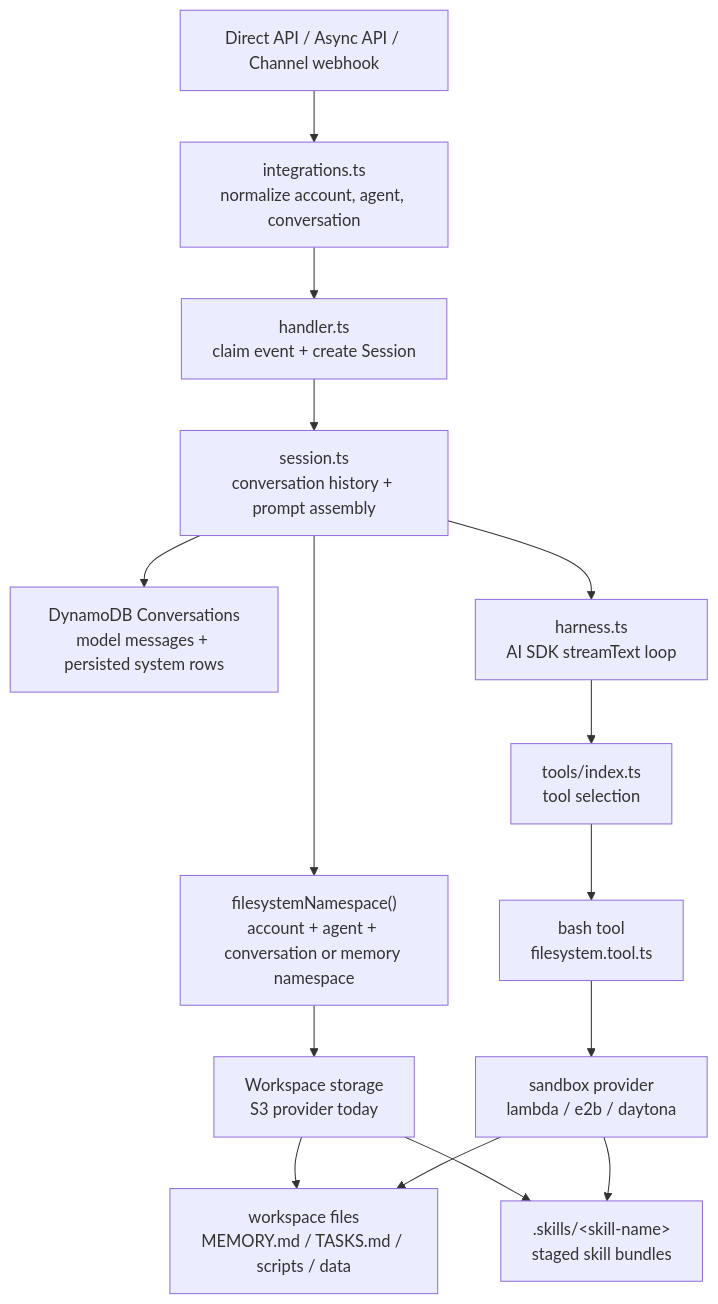
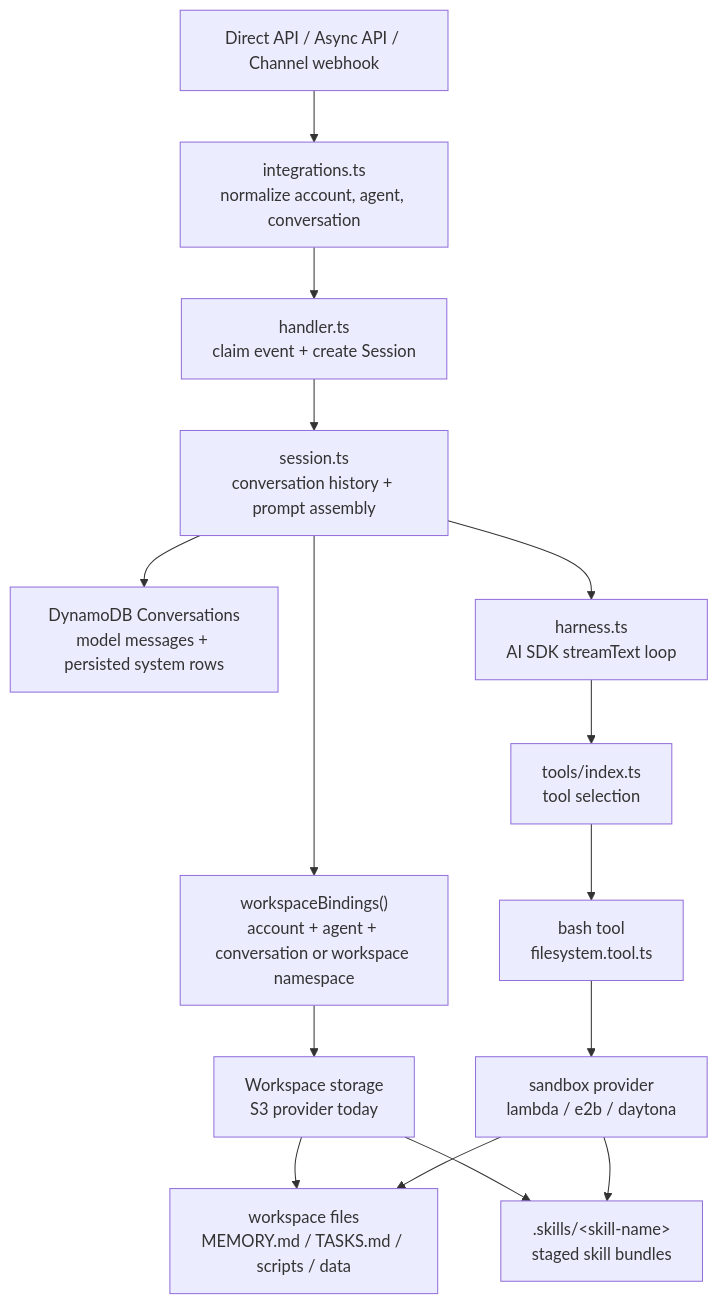
Before and after one commit to beeblastco/broods: the diagram in docs/workspace/index.md, drawn with Mermaid. The commit also changed other lines of this file and 21 other files, not shown here.

````diff
--- a/docs/workspace/index.md
+++ b/docs/workspace/index.md
@@ -49,18 +57,18 @@
 ```mermaid
 flowchart TD
   Request["Direct API / Async API / Channel webhook"] --> Integrations["integrations.ts<br/>normalize account, agent, conversation"]
   Integrations --> Handler["handler.ts<br/>claim event + create Session"]
   Handler --> Session["session.ts<br/>conversation history + prompt assembly"]
   Session --> History["DynamoDB Conversations<br/>model messages + persisted system rows"]
-  Session --> Namespace["filesystemNamespace()<br/>account + agent + conversation or memory namespace"]
+  Session --> Namespace["workspaceBindings()<br/>account + agent + conversation or workspace namespace"]
   Namespace --> Storage["Workspace storage<br/>S3 provider today"]
   Storage --> Files["workspace files<br/>MEMORY.md / TASKS.md / scripts / data"]
   Storage --> StagedSkills[".skills/&lt;skill-name&gt;<br/>staged skill bundles"]
 
   Session --> Harness["harness.ts<br/>AI SDK streamText loop"]
   Harness --> Tools["tools/index.ts<br/>tool selection"]
   Tools --> Bash["bash tool<br/>filesystem.tool.ts"]
   Bash --> Sandbox["sandbox provider<br/>lambda / e2b / daytona"]
   Sandbox --> Files
   Sandbox --> StagedSkills
 ```
````
